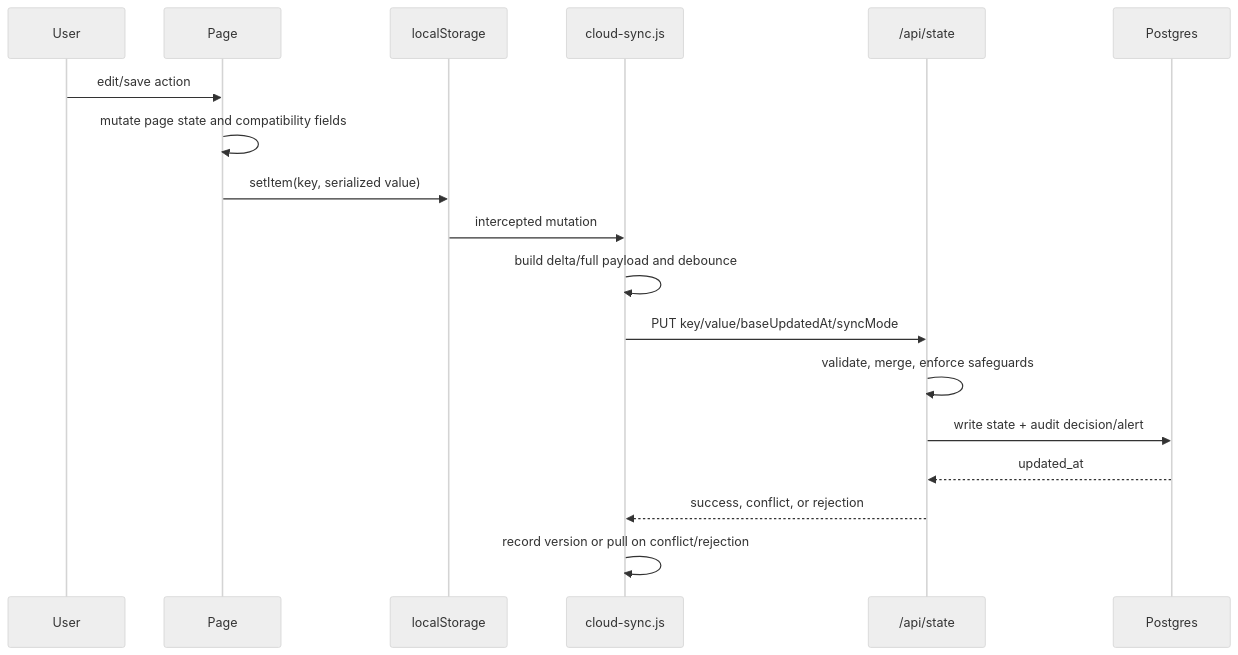
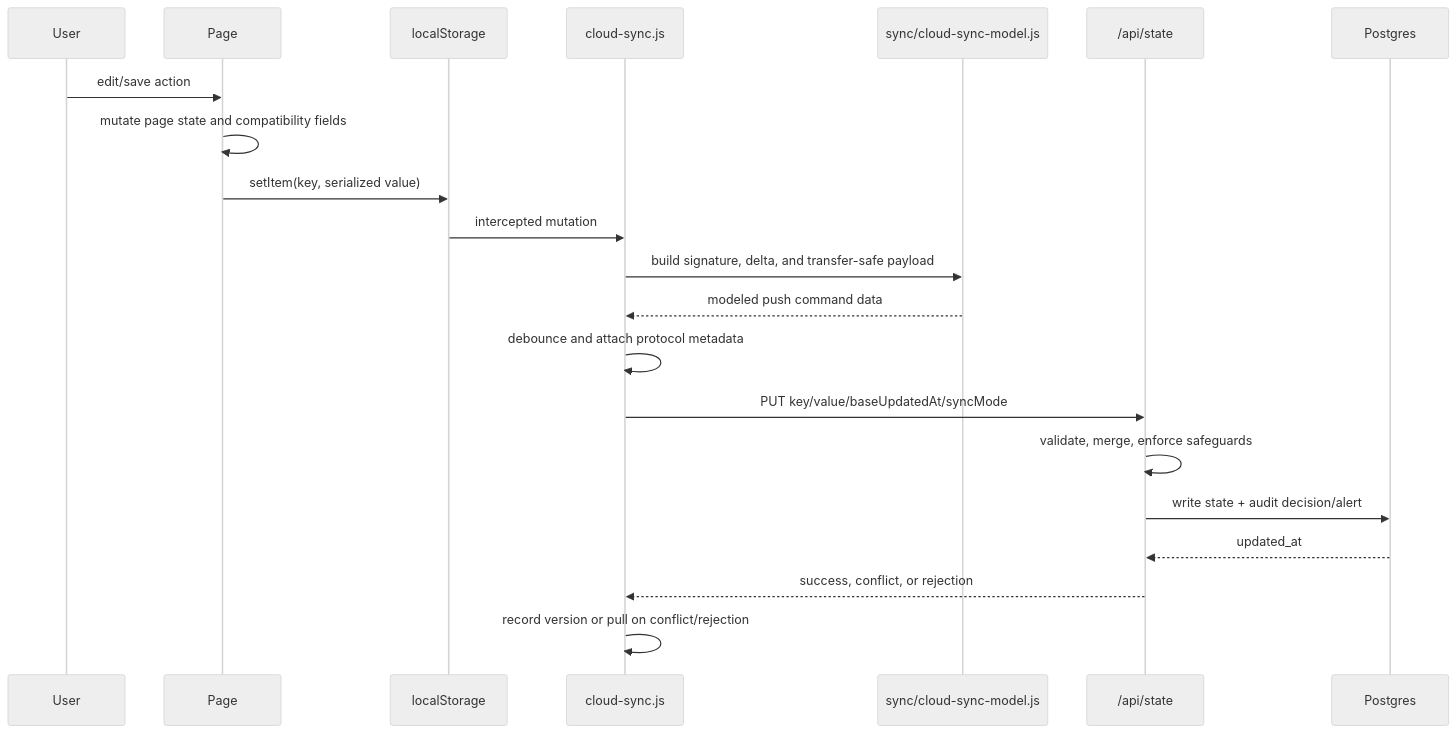
Before and after one commit to yoobinsy-dev/gallery-1019-site-backup: the second of 2 diagrams in docs/refactor/DATA_FLOW.md, drawn with Mermaid (neutral theme). The commit also changed other lines of this file and 4 other files, not shown here.

Commit message:
docs: finalize refactor architecture report

````diff
--- a/docs/refactor/DATA_FLOW.md
+++ b/docs/refactor/DATA_FLOW.md
@@ -34,20 +36,23 @@
 ```mermaid
 sequenceDiagram
   participant User
   participant Page
   participant Local as localStorage
   participant Sync as cloud-sync.js
+  participant Model as sync/cloud-sync-model.js
   participant API as /api/state
   participant DB as Postgres
   User->>Page: edit/save action
   Page->>Page: mutate page state and compatibility fields
   Page->>Local: setItem(key, serialized value)
   Local->>Sync: intercepted mutation
-  Sync->>Sync: build delta/full payload and debounce
+  Sync->>Model: build signature, delta, and transfer-safe payload
+  Model-->>Sync: modeled push command data
+  Sync->>Sync: debounce and attach protocol metadata
   Sync->>API: PUT key/value/baseUpdatedAt/syncMode
   API->>API: validate, merge, enforce safeguards
   API->>DB: write state + audit decision/alert
   DB-->>API: updated_at
   API-->>Sync: success, conflict, or rejection
   Sync->>Sync: record version or pull on conflict/rejection
 ```
````
